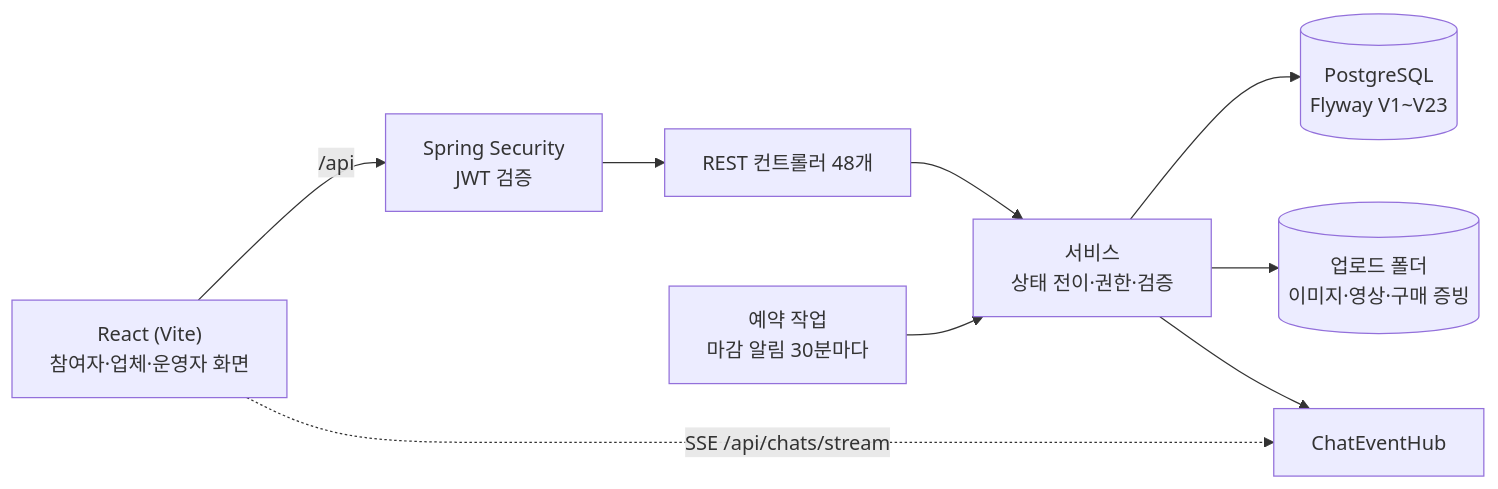
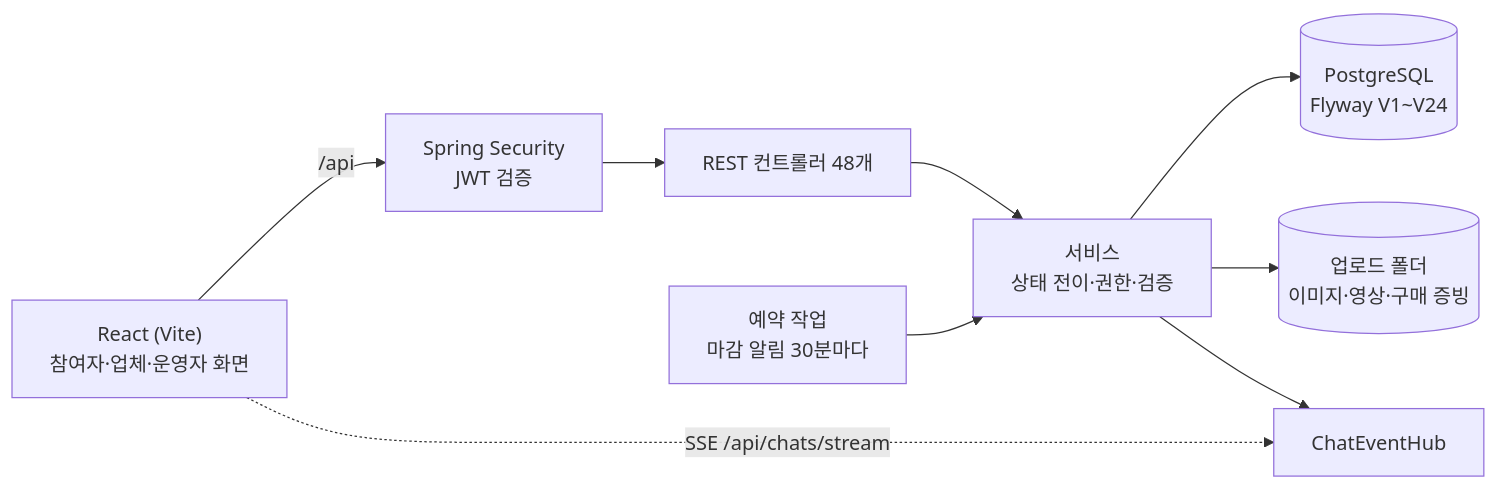
Before and after one commit to yoo-jin-k/movrit-backend: the first of 2 diagrams in README.md, drawn with Mermaid. The commit also changed other lines of this file and 13 other files, not shown here.

````diff
--- a/README.md
+++ b/README.md
@@ -73,10 +73,10 @@
 ```mermaid
 flowchart LR
   FE["React (Vite)<br/>참여자·업체·운영자 화면"] -- "/api" --> SEC["Spring Security<br/>JWT 검증"]
   FE -. "SSE /api/chats/stream" .-> CHAT["ChatEventHub"]
   SEC --> API["REST 컨트롤러 48개"] --> SVC["서비스<br/>상태 전이·권한·검증"]
-  SVC --> DB[("PostgreSQL<br/>Flyway V1~V23")]
+  SVC --> DB[("PostgreSQL<br/>Flyway V1~V24")]
   SVC --> FS[("업로드 폴더<br/>이미지·영상·구매 증빙")]
   SVC --> CHAT
   JOB["예약 작업<br/>마감 알림 30분마다"] --> SVC
 ```
````
